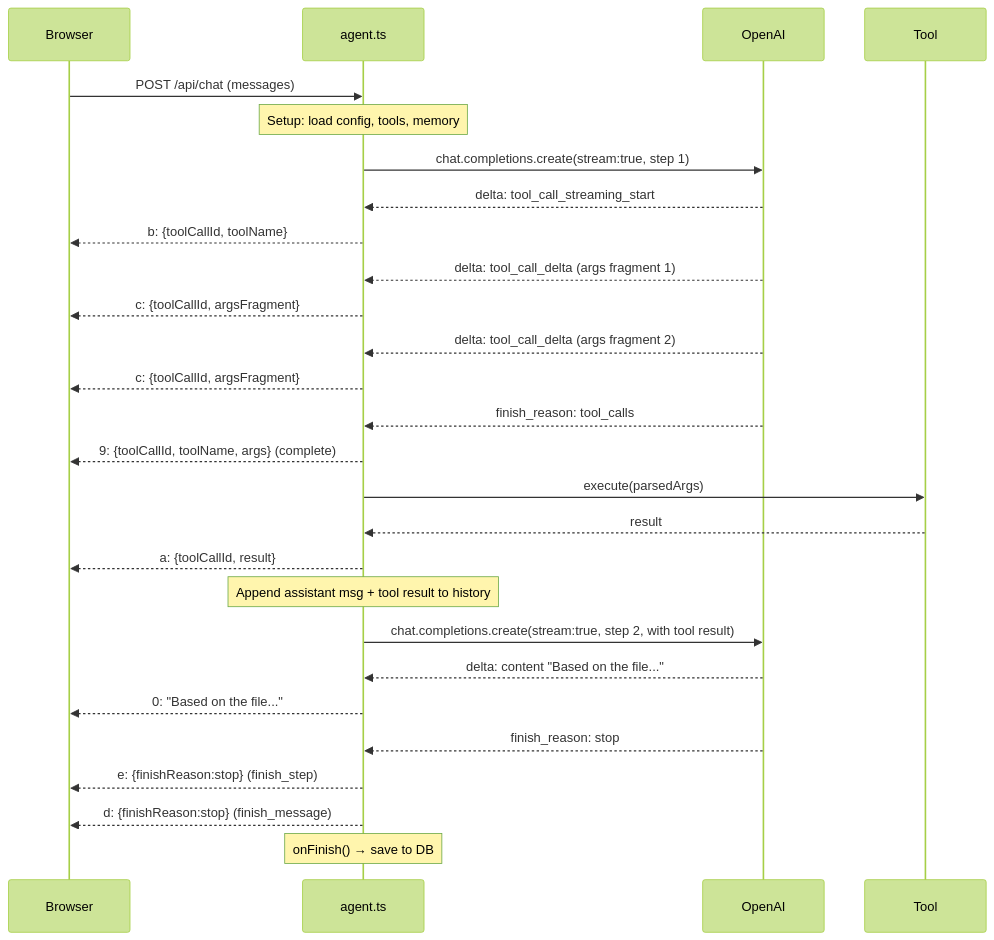
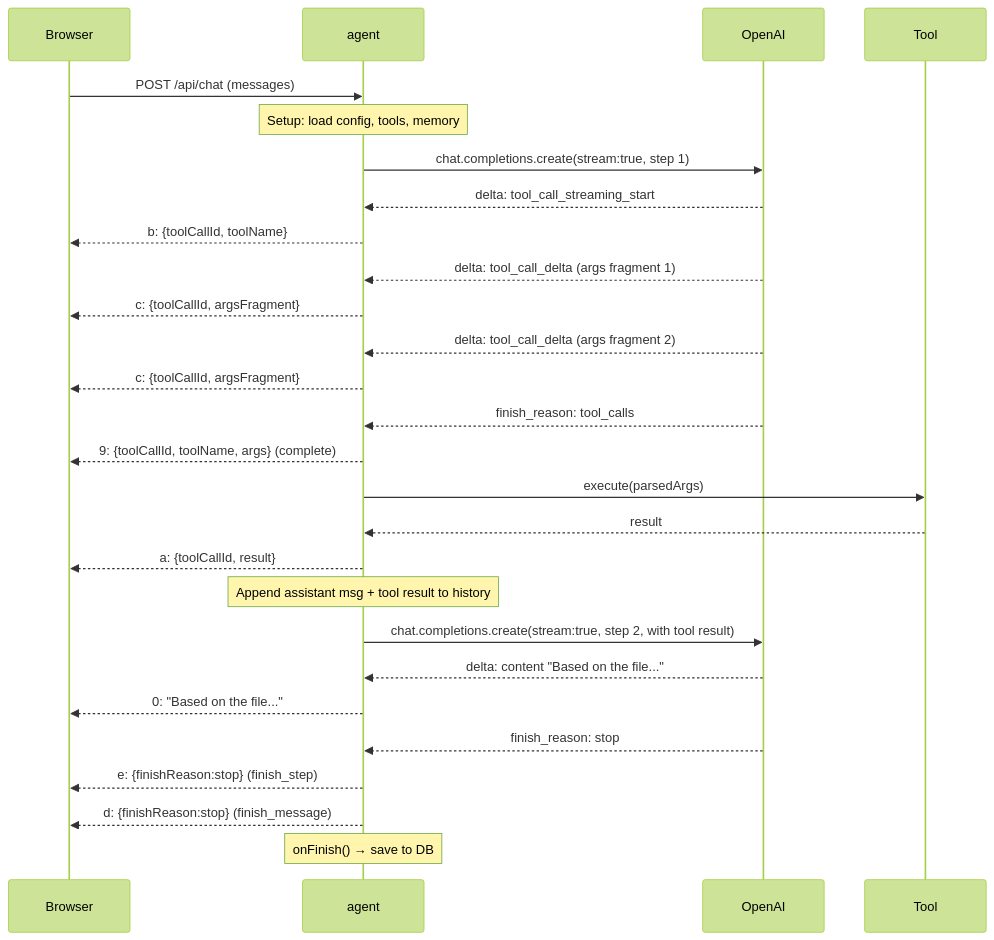
One commit to Wilson-Cheng/AgentPrimer changed the second of 3 diagrams in docs/02-agent-loop.md. Above: the diagram before and after it, drawn with Mermaid (forest theme). The commit also changed other lines of this file and 36 other files, not shown here.

````diff
--- a/docs/02-agent-loop.md
+++ b/docs/02-agent-loop.md
@@ -201,30 +210,30 @@
 ```mermaid
 sequenceDiagram
     participant Browser
-    participant agent.ts
+    participant agent
     participant OpenAI
     participant Tool
 
-    Browser->>agent.ts: POST /api/chat (messages)
-    Note over agent.ts: Setup: load config, tools, memory
-    agent.ts->>OpenAI: chat.completions.create(stream:true, step 1)
-    OpenAI-->>agent.ts: delta: tool_call_streaming_start
-    agent.ts-->>Browser: b: {toolCallId, toolName}
-    OpenAI-->>agent.ts: delta: tool_call_delta (args fragment 1)
-    agent.ts-->>Browser: c: {toolCallId, argsFragment}
-    OpenAI-->>agent.ts: delta: tool_call_delta (args fragment 2)
-    agent.ts-->>Browser: c: {toolCallId, argsFragment}
-    OpenAI-->>agent.ts: finish_reason: tool_calls
-    agent.ts-->>Browser: 9: {toolCallId, toolName, args} (complete)
-    agent.ts->>Tool: execute(parsedArgs)
-    Tool-->>agent.ts: result
-    agent.ts-->>Browser: a: {toolCallId, result}
-    Note over agent.ts: Append assistant msg + tool result to history
-    agent.ts->>OpenAI: chat.completions.create(stream:true, step 2, with tool result)
-    OpenAI-->>agent.ts: delta: content "Based on the file..."
-    agent.ts-->>Browser: 0: "Based on the file..."
-    OpenAI-->>agent.ts: finish_reason: stop
-    agent.ts-->>Browser: e: {finishReason:stop} (finish_step)
-    agent.ts-->>Browser: d: {finishReason:stop} (finish_message)
-    Note over agent.ts: onFinish() → save to DB
+    Browser->>agent: POST /api/chat (messages)
+    Note over agent: Setup: load config, tools, memory
+    agent->>OpenAI: chat.completions.create(stream:true, step 1)
+    OpenAI-->>agent: delta: tool_call_streaming_start
+    agent-->>Browser: b: {toolCallId, toolName}
+    OpenAI-->>agent: delta: tool_call_delta (args fragment 1)
+    agent-->>Browser: c: {toolCallId, argsFragment}
+    OpenAI-->>agent: delta: tool_call_delta (args fragment 2)
+    agent-->>Browser: c: {toolCallId, argsFragment}
+    OpenAI-->>agent: finish_reason: tool_calls
+    agent-->>Browser: 9: {toolCallId, toolName, args} (complete)
+    agent->>Tool: execute(parsedArgs)
+    Tool-->>agent: result
+    agent-->>Browser: a: {toolCallId, result}
+    Note over agent: Append assistant msg + tool result to history
+    agent->>OpenAI: chat.completions.create(stream:true, step 2, with tool result)
+    OpenAI-->>agent: delta: content "Based on the file..."
+    agent-->>Browser: 0: "Based on the file..."
+    OpenAI-->>agent: finish_reason: stop
+    agent-->>Browser: e: {finishReason:stop} (finish_step)
+    agent-->>Browser: d: {finishReason:stop} (finish_message)
+    Note over agent: onFinish() → save to DB
 ```
````
